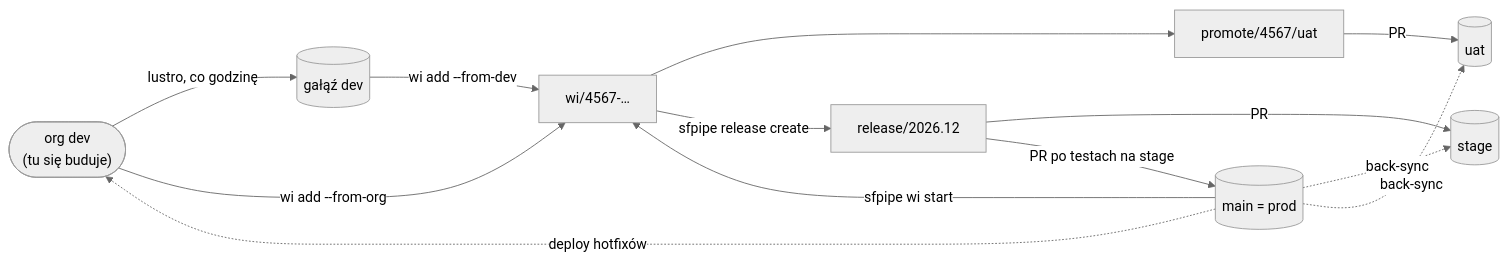
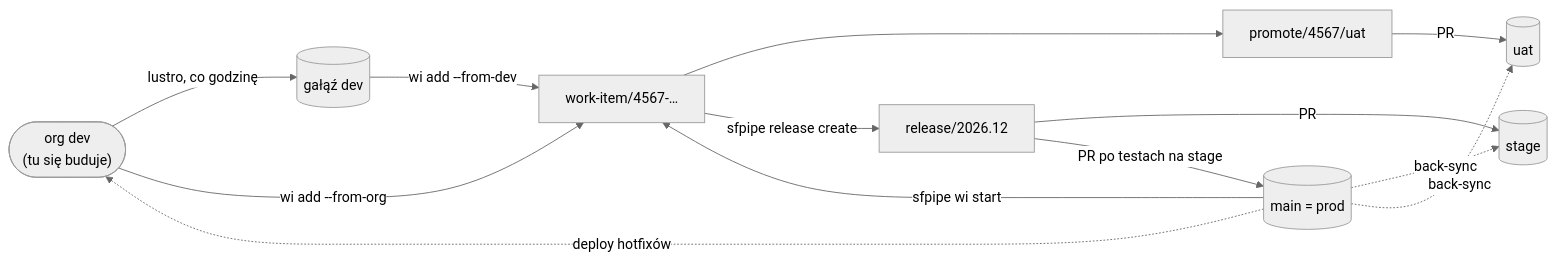
Before and after one commit to Vescik/sfpipe: the first of 2 diagrams in docs/PLAN.md, drawn with Mermaid (neutral theme). The commit also changed other lines of this file and 21 other files, not shown here.

````diff
--- a/docs/PLAN.md
+++ b/docs/PLAN.md
@@ -60,14 +64,14 @@
 ```mermaid
 flowchart LR
     DEVORG(["org dev<br/>(tu się buduje)"]) -->|"lustro, co godzinę"| DEVB[("gałąź dev")]
-    MAIN[("main = prod")] -->|"sfpipe wi start"| WI["wi/4567-…"]
+    MAIN[("main = prod")] -->|"sfpipe wi start"| WI["work-item/4567-…"]
     DEVB -->|"wi add --from-dev"| WI
     DEVORG -->|"wi add --from-org"| WI
     WI --> PU["promote/4567/uat"] -->|"PR"| UAT[("uat")]
     WI -->|"sfpipe release create"| REL["release/2026.12"]
     REL -->|"PR"| STAGE[("stage")]
     REL -->|"PR po testach na stage"| MAIN
     MAIN -. "back-sync" .-> STAGE
     MAIN -. "back-sync" .-> UAT
     MAIN -. "deploy hotfixów" .-> DEVORG
 ```
````
